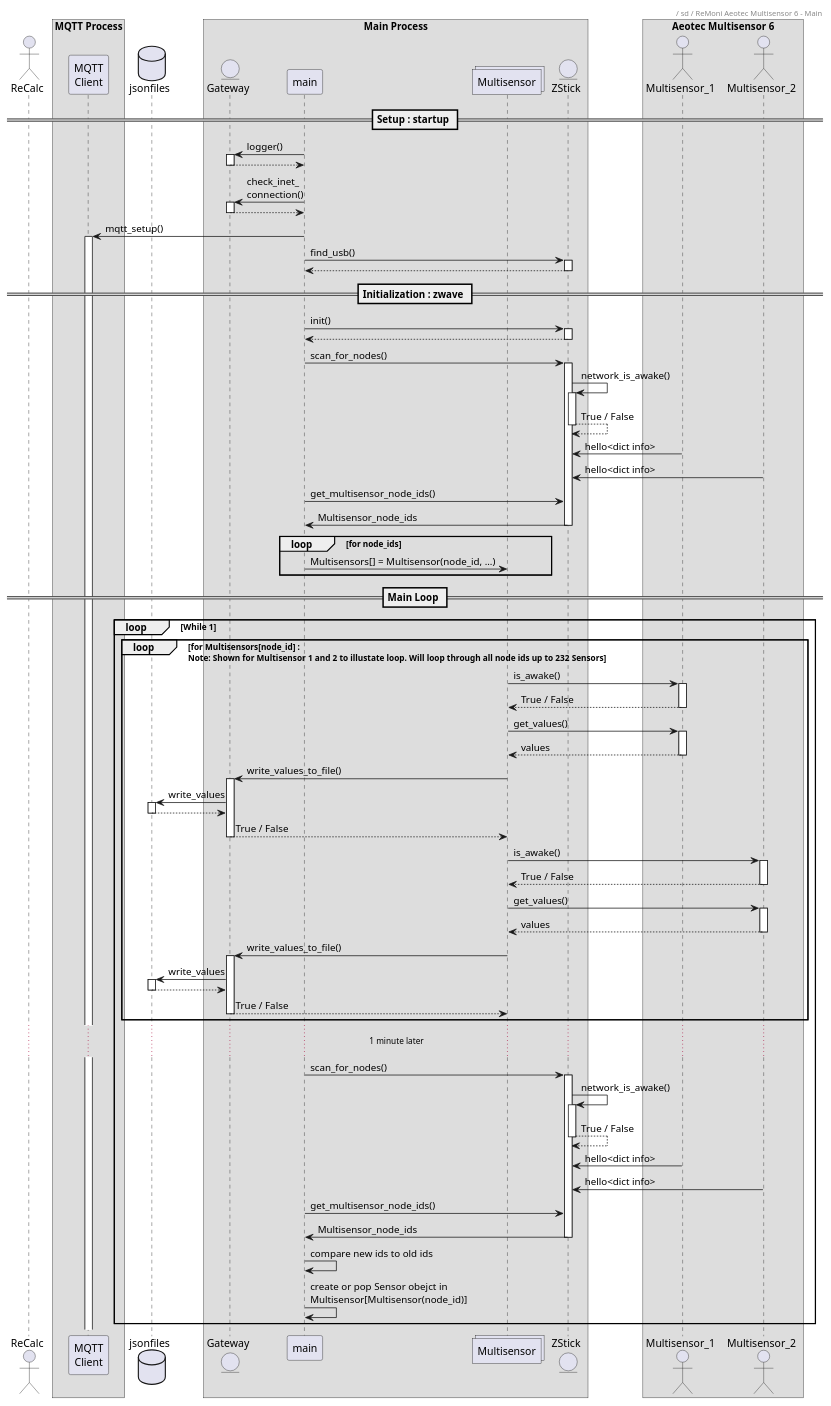
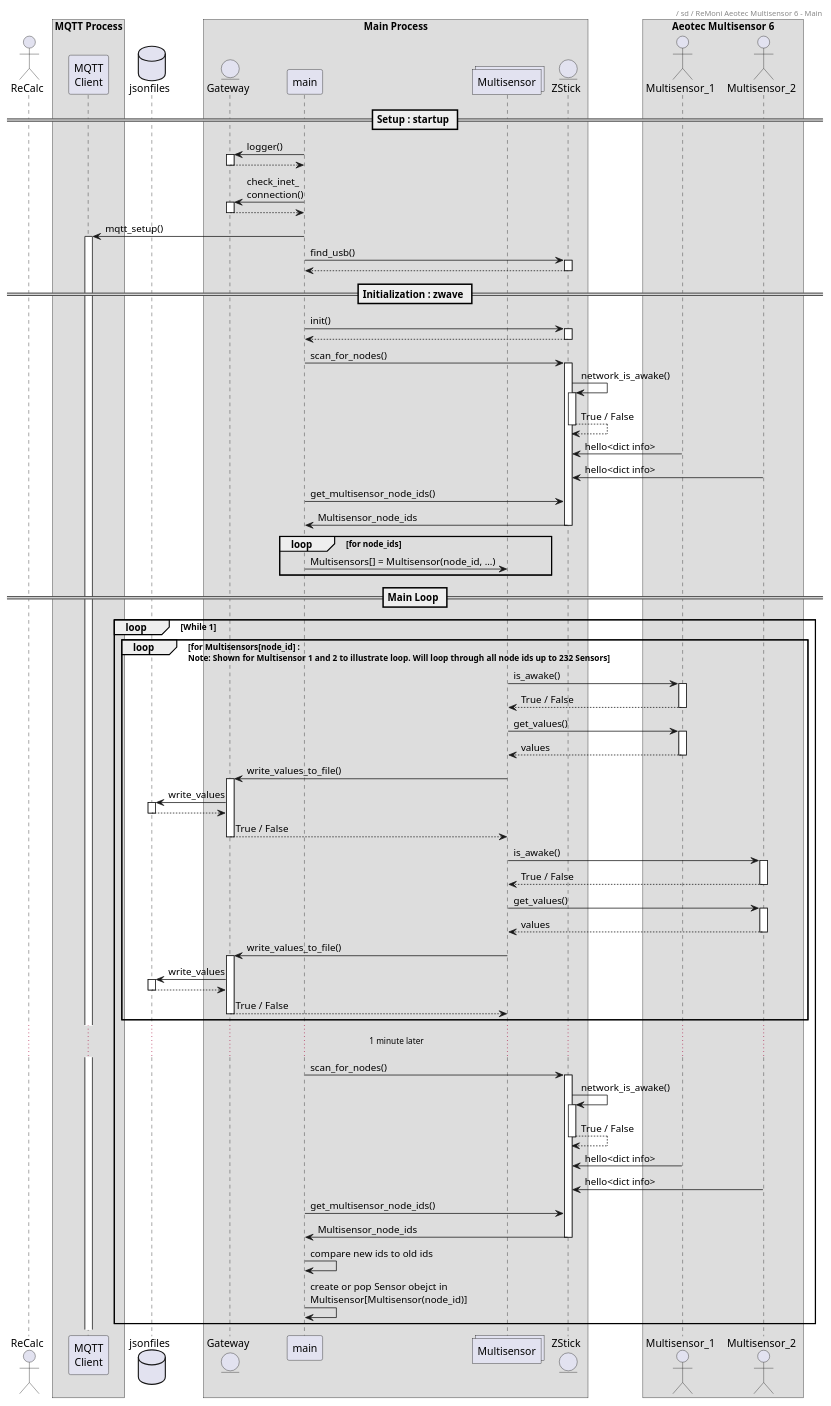
One commit to AU-PRO5-Rem/ReMoniProject changed the diagram in doc/sd_main_process.iuml. Above: the diagram before and after it, drawn with PlantUML. The commit also changed 3 other files, not shown here.

```diff
--- a/doc/sd_main_process.iuml
+++ b/doc/sd_main_process.iuml
@@ -1,104 +1,104 @@
 @startuml sd Main Process
 header / sd / ReMoni Aeotec Multisensor 6 - Main
 
 actor ReCalc
 
 box "MQTT Process"
 participant "MQTT\nClient" as mqtt
 end box
 
 database jsonfiles
 
 box "Main Process"
 entity Gateway
 participant main
 collections Multisensor
 entity ZStick
 end box
 
 box "Aeotec Multisensor 6"
 actor Multisensor_1
 actor Multisensor_2
 end box
 
 == Setup : startup ==
 
 autoactivate on
 
 main -> Gateway : logger() 
 return
 
 main -> Gateway : check_inet_\nconnection()
 return
 
 main -> mqtt : mqtt_setup()
 
 main -> ZStick : find_usb()
 return
 
 == Initialization : zwave ==
 main -> ZStick : init()
 return 
 
 main -> ZStick : scan_for_nodes()
 ZStick -> ZStick : network_is_awake()
 return True / False
 autoactivate off
 Multisensor_1 -> ZStick : hello<dict info>
 Multisensor_2 -> ZStick : hello<dict info>
 main -> ZStick : get_multisensor_node_ids()
 ZStick -> main : Multisensor_node_ids
 deactivate
 autoactivate off
 
 loop for node_ids
     main -> Multisensor : Multisensors[] = Multisensor(node_id, ...)
 end
 == Main Loop ==
 loop While 1
-loop for Multisensors[node_id] :\nNote: Shown for Multisensor 1 and 2 to illustate loop. Will loop through all node ids up to 232 Sensors
+loop for Multisensors[node_id] :\nNote: Shown for Multisensor 1 and 2 to illustrate loop. Will loop through all node ids up to 232 Sensors
     autoactivate on
 
     Multisensor -> Multisensor_1 : is_awake()
     return True / False
 
     Multisensor -> Multisensor_1 : get_values()
     return values
 
     Multisensor -> Gateway : write_values_to_file()
     Gateway -> jsonfiles : write_values
     return
     return True / False
     Multisensor -> Multisensor_2 : is_awake()
     return True / False
 
     Multisensor -> Multisensor_2 : get_values()
     return values
 
     Multisensor -> Gateway : write_values_to_file()
     Gateway -> jsonfiles : write_values
     return
     return True / False
 end
 autoactivate off
 
 ...1 minute later...
 
 autoactivate on
 
 main -> ZStick : scan_for_nodes()
 ZStick -> ZStick : network_is_awake()
 return True / False
 autoactivate off
 Multisensor_1 -> ZStick : hello<dict info>
 Multisensor_2 -> ZStick : hello<dict info>
 main -> ZStick : get_multisensor_node_ids()
 ZStick -> main : Multisensor_node_ids
 deactivate
 autoactivate off
 
 main -> main : compare new ids to old ids
 main -> main : create or pop Sensor obejct in\nMultisensor[Multisensor(node_id)]
 end
 
 @enduml
```
